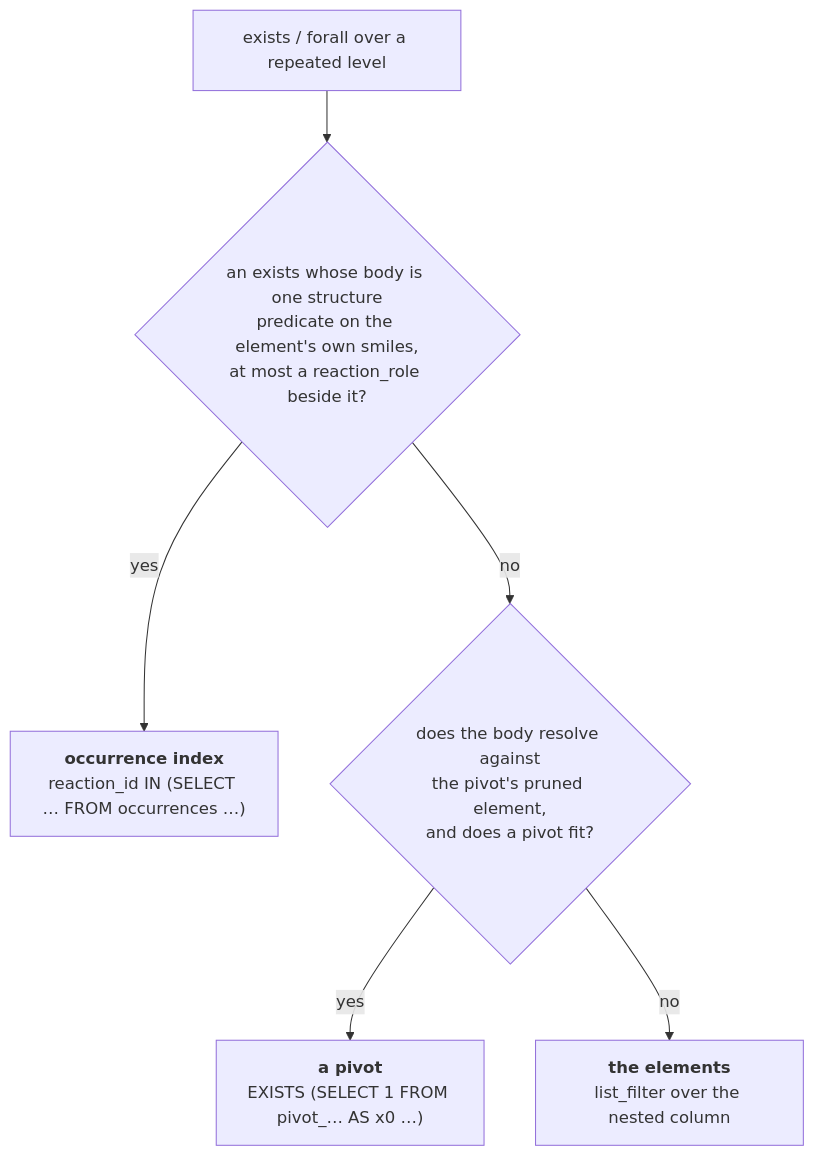
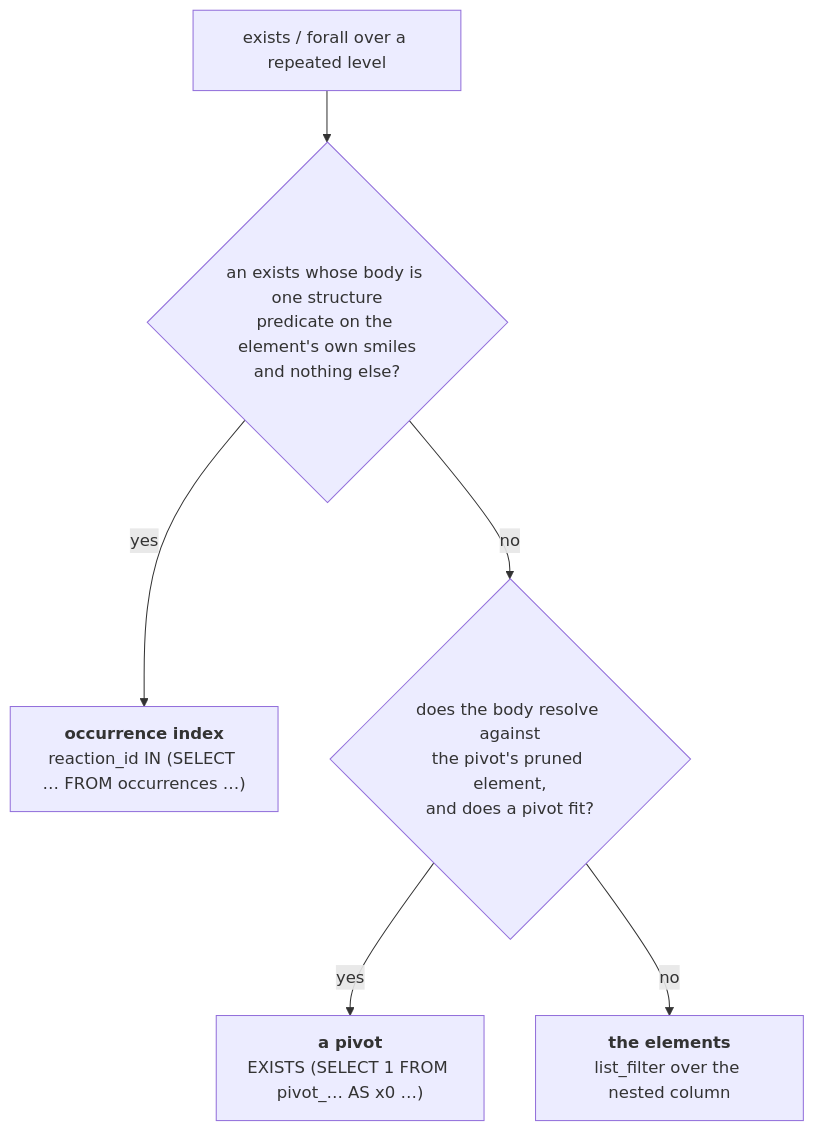
The second of 2 diagrams in ord_schema/search/README.md (open-reaction-database/ord-schema), drawn with Mermaid before and after one commit. The commit also changed other lines of this file and 10 other files, not shown here.

First line of the commit message:
Drop reaction_role from the occurrences artifact (#1123)

````diff
--- a/ord_schema/search/README.md
+++ b/ord_schema/search/README.md
@@ -209,8 +209,8 @@
 ```mermaid
 flowchart TB
-    A["exists / forall over a repeated level"] --> B{"an exists whose body is one structure<br/>predicate on the element's own smiles,<br/>at most a reaction_role beside it?"}
+    A["exists / forall over a repeated level"] --> B{"an exists whose body is one structure<br/>predicate on the element's own smiles<br/>and nothing else?"}
     B -- yes --> I["<b>occurrence index</b><br/>reaction_id IN (SELECT … FROM occurrences …)"]
     B -- no --> P{"does the body resolve against<br/>the pivot's pruned element,<br/>and does a pivot fit?"}
     P -- yes --> V["<b>a pivot</b><br/>EXISTS (SELECT 1 FROM pivot_… AS x0 …)"]
     P -- no --> E["<b>the elements</b><br/>list_filter over the nested column"]
 ```
````
